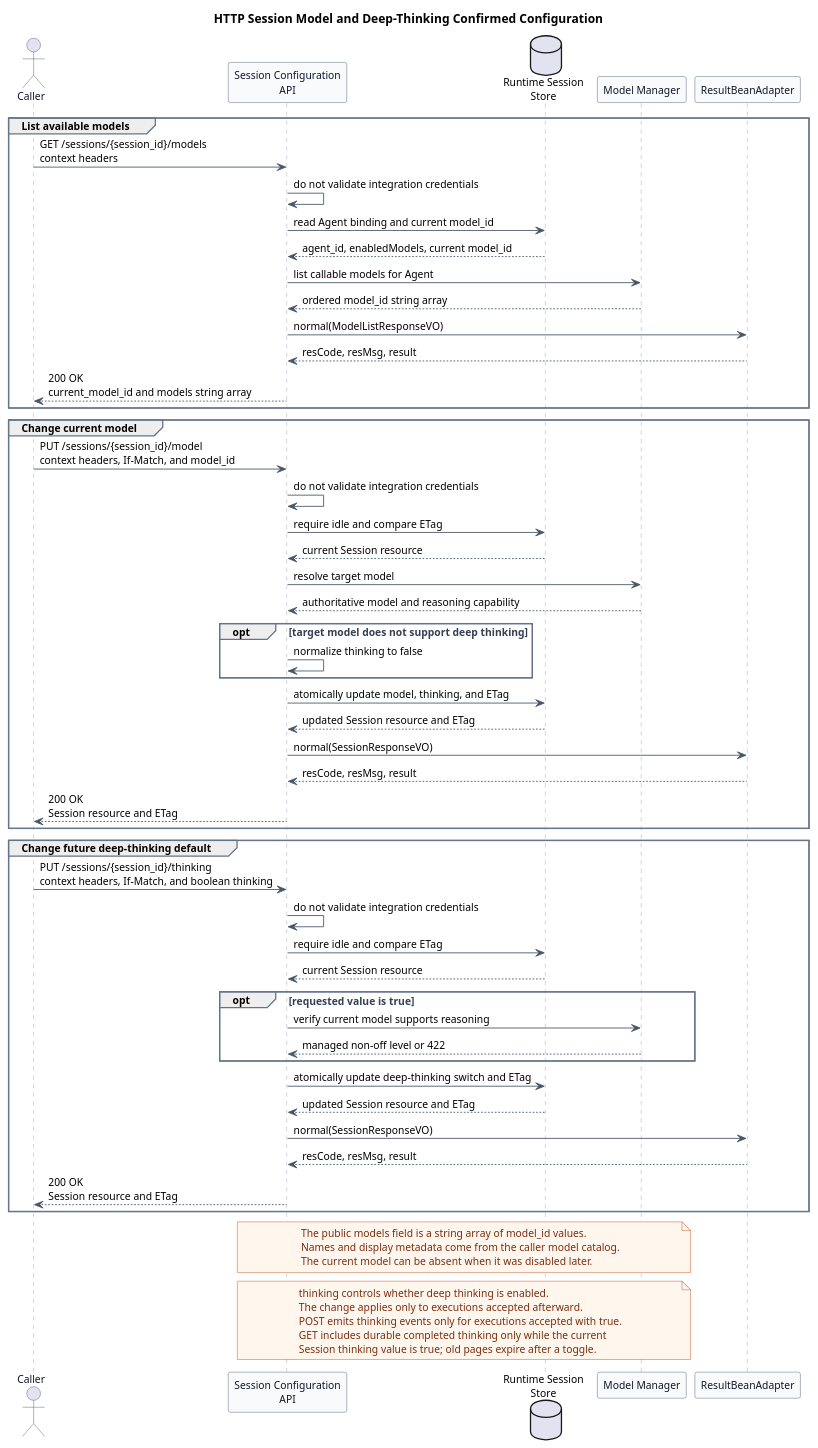
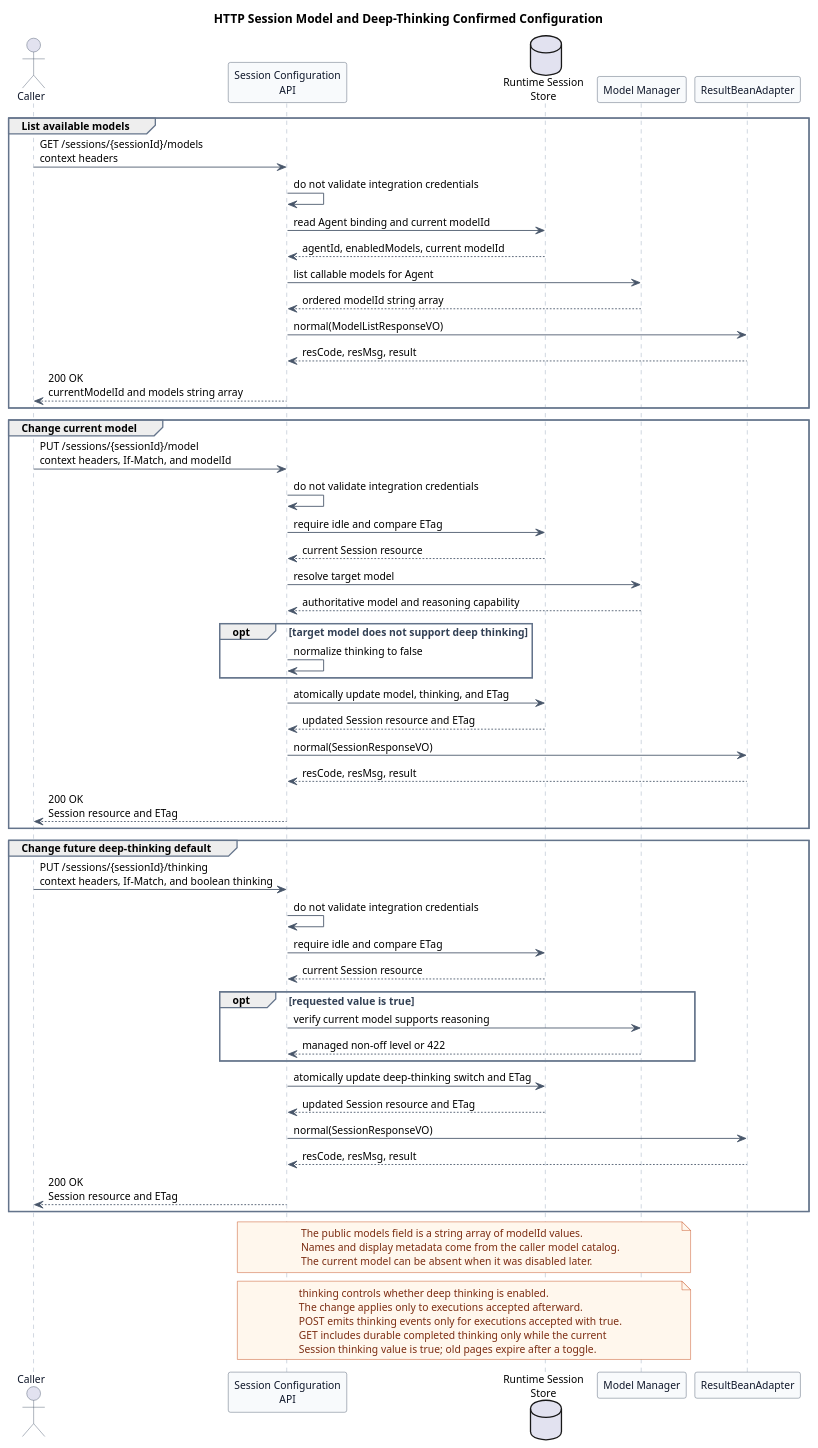
Before and after one commit to ssm0808/pi-mono-java-design: the diagram in pi-mono-java-manager-driven-multi-agent-runtime/diagrams/session-configuration/diagram.puml, drawn with PlantUML. The commit also changed 35 other files, not shown here.

Commit message:
docs(runtime): 统一 HTTP 字段为 lowerCamelCase

```diff
--- a/pi-mono-java-manager-driven-multi-agent-runtime/diagrams/session-configuration/diagram.puml
+++ b/pi-mono-java-manager-driven-multi-agent-runtime/diagrams/session-configuration/diagram.puml
@@ -1,110 +1,115 @@
 @startuml http_session_model_configuration
 title HTTP Session Model and Deep-Thinking Confirmed Configuration
 
 ' Source evidence (pi-mono commit 086c32e74530564922d011ade23ff582c9d63116):
 ' packages/coding-agent/src/core/agent-session.ts, setModel and setThinkingLevel,
 ' lines 1586-1600 and 1684-1730
 ' packages/ai/src/types.ts, Model, lines 793-809
 ' packages/ai/src/models.ts, getSupportedThinkingLevels, lines 900-910
 ' Source evidence (pi-mono-java commit 8691e8800f05f28afe22499050c29220ef5b7475):
 ' modules/coding-agent-cli/src/main/java/com/campusclaw/codingagent/runtimeapi/session/RuntimeSessionConfigurationService.java.
 ' modules/coding-agent-cli/src/main/java/com/campusclaw/codingagent/runtimeapi/web/RuntimeSessionConfigurationController.java.
 ' modules/coding-agent-cli/src/main/java/com/campusclaw/codingagent/runtimeapi/model/CatalogRuntimeModelManager.java.
+' Source evidence (pi-mono-java commit 304eda06ff603fc9b6bbcaad0c296cc151a7defb):
+' modules/coding-agent-cli/src/main/java/com/campusclaw/codingagent/runtimeapi/vo/AvailableModelsResponseVO.java.
+' modules/coding-agent-cli/src/main/java/com/campusclaw/codingagent/runtimeapi/vo/ChangeModelRequestVO.java.
+' Observed behavior: current Java paths and model fields are snake_case.
 ' Observed behavior: both pi baselines can list models and change the active model.
 ' Their thinkingLevel values control model reasoning effort.
 ' Confirmed product constraint: HTTP thinking is a boolean deep-thinking switch; false maps to off,
 ' while true maps to a managed non-off level supported by the current model and Agent.
-' Security hardening: model discovery is Session-scoped and exposes only model_id.
+' Security hardening: model discovery is Session-scoped and exposes only modelId.
 ' Architecture change: HTTP configuration writes require an idle Session and a matching ETag.
 ' Architecture change: completed thinking content becomes conditionally public in POST and GET events.
+' Architecture change: target HTTP fields use lowerCamelCase while If-Match keeps its header spelling.
 ' Product constraint: all Runtime operations carry integration-context headers without local validation.
 ' Design reason: prevent a configuration change from racing with an active execution while
 ' returning the common Session resource after every successful mutation.
 
 skinparam backgroundColor #FFFFFF
 skinparam shadowing false
 skinparam defaultFontName Arial
 skinparam defaultFontSize 12
 skinparam sequence {
   ArrowColor #475569
   ActorBorderColor #475569
   ActorFontColor #0F172A
   LifeLineBorderColor #94A3B8
   LifeLineBackgroundColor #F8FAFC
   ParticipantBorderColor #475569
   ParticipantBackgroundColor #F8FAFC
   ParticipantFontColor #0F172A
   GroupBorderColor #64748B
   GroupFontColor #334155
 }
 skinparam note {
   BackgroundColor #FFF7ED
   BorderColor #C2410C
   FontColor #7C2D12
 }
 
 actor Caller
 participant "Session Configuration\nAPI" as API
 database "Runtime Session\nStore" as Store
 participant "Model Manager" as Models
 participant ResultBeanAdapter
 
 group List available models
-  Caller -> API : GET /sessions/{session_id}/models\ncontext headers
+  Caller -> API : GET /sessions/{sessionId}/models\ncontext headers
   API -> API : do not validate integration credentials
-  API -> Store : read Agent binding and current model_id
-  Store --> API : agent_id, enabledModels, current model_id
+  API -> Store : read Agent binding and current modelId
+  Store --> API : agentId, enabledModels, current modelId
   API -> Models : list callable models for Agent
-  Models --> API : ordered model_id string array
+  Models --> API : ordered modelId string array
   API -> ResultBeanAdapter : normal(ModelListResponseVO)
   ResultBeanAdapter --> API : resCode, resMsg, result
-  API --> Caller : 200 OK\ncurrent_model_id and models string array
+  API --> Caller : 200 OK\ncurrentModelId and models string array
 end
 
 group Change current model
-  Caller -> API : PUT /sessions/{session_id}/model\ncontext headers, If-Match, and model_id
+  Caller -> API : PUT /sessions/{sessionId}/model\ncontext headers, If-Match, and modelId
   API -> API : do not validate integration credentials
   API -> Store : require idle and compare ETag
   Store --> API : current Session resource
   API -> Models : resolve target model
   Models --> API : authoritative model and reasoning capability
   opt target model does not support deep thinking
     API -> API : normalize thinking to false
   end
   API -> Store : atomically update model, thinking, and ETag
   Store --> API : updated Session resource and ETag
   API -> ResultBeanAdapter : normal(SessionResponseVO)
   ResultBeanAdapter --> API : resCode, resMsg, result
   API --> Caller : 200 OK\nSession resource and ETag
 end
 
 group Change future deep-thinking default
-  Caller -> API : PUT /sessions/{session_id}/thinking\ncontext headers, If-Match, and boolean thinking
+  Caller -> API : PUT /sessions/{sessionId}/thinking\ncontext headers, If-Match, and boolean thinking
   API -> API : do not validate integration credentials
   API -> Store : require idle and compare ETag
   Store --> API : current Session resource
   opt requested value is true
     API -> Models : verify current model supports reasoning
     Models --> API : managed non-off level or 422
   end
   API -> Store : atomically update deep-thinking switch and ETag
   Store --> API : updated Session resource and ETag
   API -> ResultBeanAdapter : normal(SessionResponseVO)
   ResultBeanAdapter --> API : resCode, resMsg, result
   API --> Caller : 200 OK\nSession resource and ETag
 end
 
 note over API,Models
-The public models field is a string array of model_id values.
+The public models field is a string array of modelId values.
 Names and display metadata come from the caller model catalog.
 The current model can be absent when it was disabled later.
 end note
 
 note over API,Models
 thinking controls whether deep thinking is enabled.
 The change applies only to executions accepted afterward.
 POST emits thinking events only for executions accepted with true.
 GET includes durable completed thinking only while the current
 Session thinking value is true; old pages expire after a toggle.
 end note
 @enduml
```
